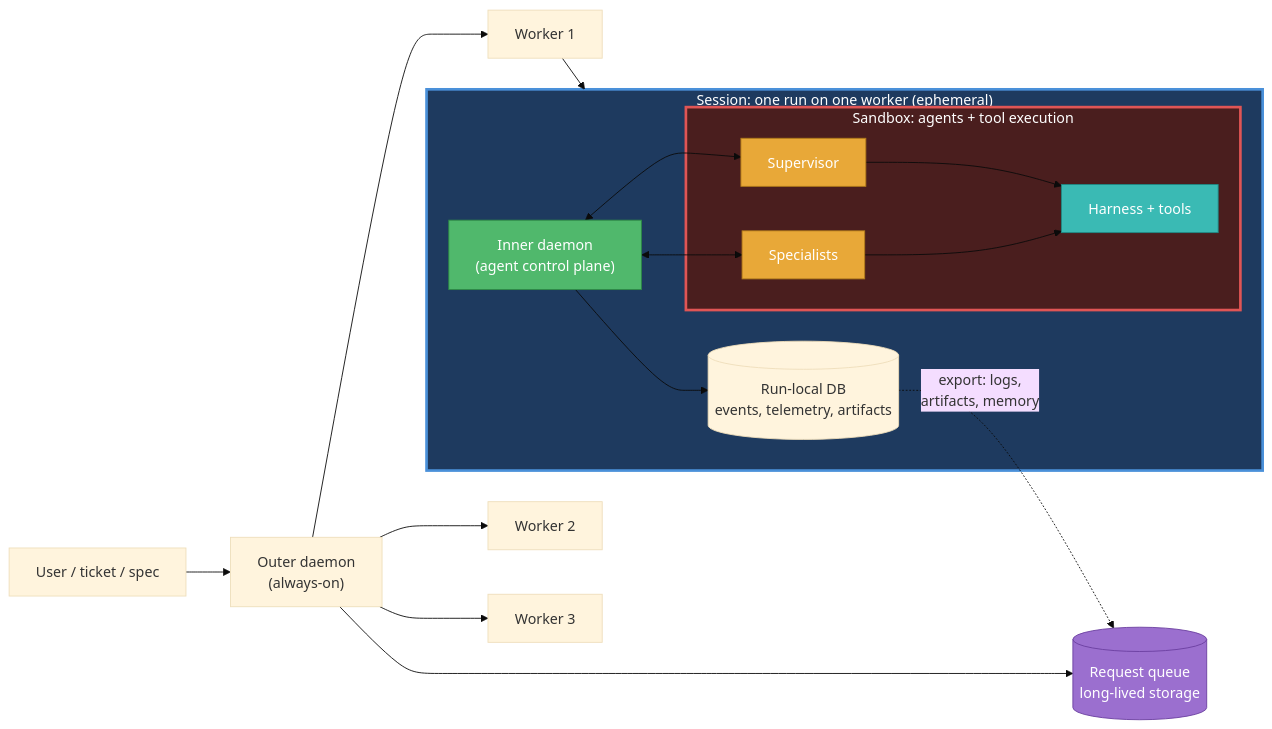
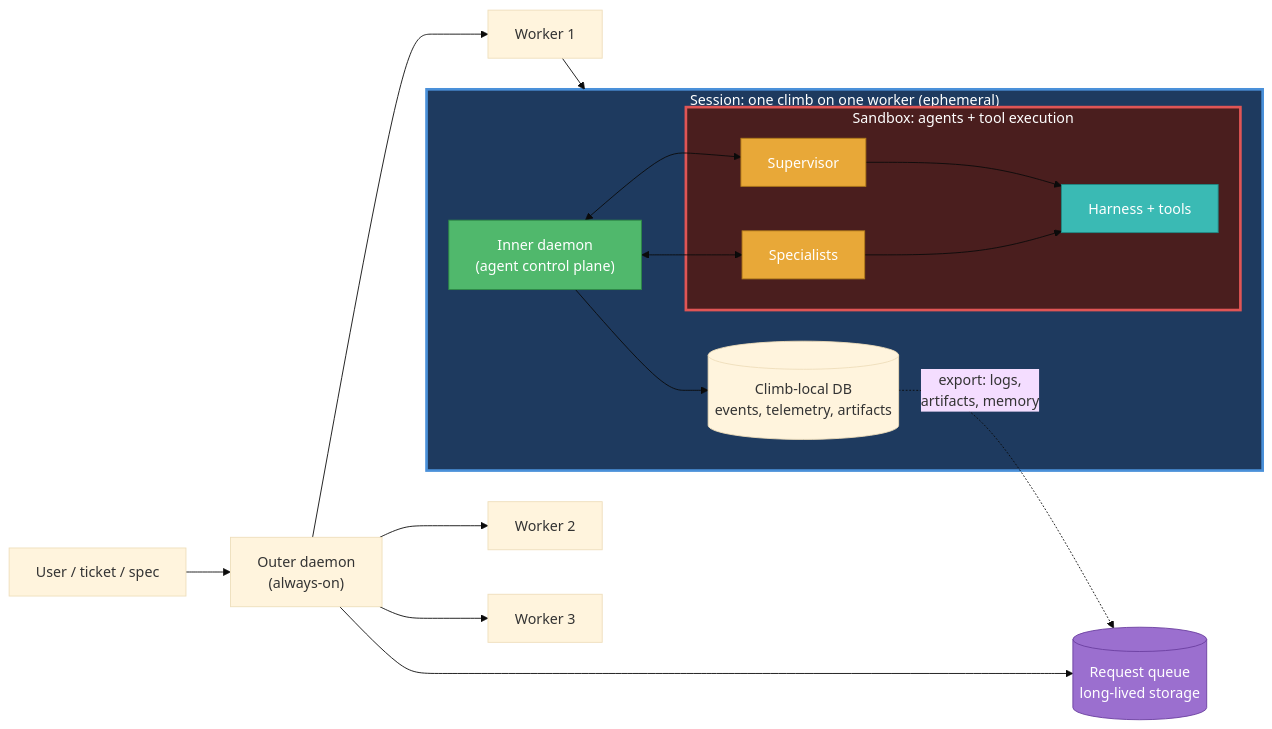
One commit to donovan-yohan/belayer changed the second of 2 diagrams in docs/PHILOSOPHY.md. Above: the diagram before and after it, drawn with Mermaid (base theme). The commit also changed other lines of this file and 54 other files, not shown here.

````diff
--- a/docs/PHILOSOPHY.md
+++ b/docs/PHILOSOPHY.md
@@ -64,38 +64,38 @@
 ```mermaid
 flowchart LR
     User["User / ticket / spec"] --> OD["Outer daemon\n(always-on)"]
     OD --> Queue[("Request queue\nlong-lived storage")]:::memory
     OD --> W1["Worker 1"]
     OD --> W2["Worker 2"]
     OD --> W3["Worker 3"]
 
-    subgraph WorkerRun["Session: one run on one worker (ephemeral)"]
+    subgraph WorkerRun["Session: one climb on one worker (ephemeral)"]
         ID["Inner daemon\n(agent control plane)"]:::comm
-        DB[("Run-local DB\nevents, telemetry, artifacts")]
+        DB[("Climb-local DB\nevents, telemetry, artifacts")]
 
         subgraph Sandbox["Sandbox: agents + tool execution"]
             SUP["Supervisor"]:::orch
             SPEC["Specialists"]:::orch
             H["Harness + tools"]:::tools
         end
 
         ID <--> SUP
         ID <--> SPEC
         SUP --> H
         SPEC --> H
         ID --> DB
     end
 
     W1 --> WorkerRun
     DB -.->|"export: logs,\nartifacts, memory"| Queue
 
     class WorkerRun sessionContainer
     class Sandbox sandboxContainer
 
     classDef orch fill:#E8A838,stroke:#B07A1A,color:#fff
     classDef comm fill:#50B86C,stroke:#2D8A45,color:#fff
     classDef memory fill:#9B6FCF,stroke:#6B3FA0,color:#fff
     classDef tools fill:#3ABAB4,stroke:#1F8A85,color:#fff
     classDef sessionContainer fill:#1E3A5F,stroke:#4A90D9,stroke-width:3px,color:#fff
     classDef sandboxContainer fill:#4A1E1E,stroke:#E05555,stroke-width:3px,color:#fff
 ```
````
